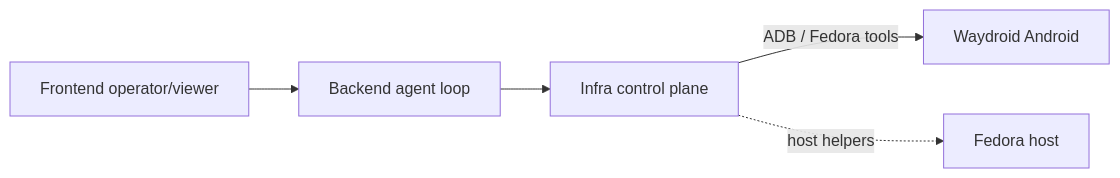
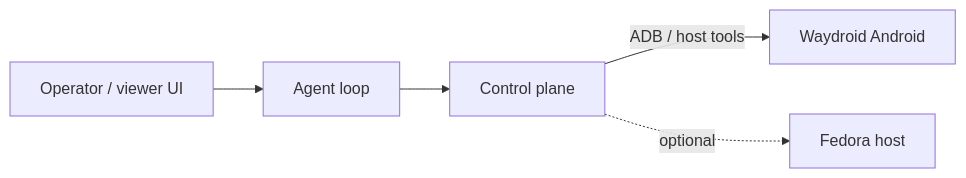
The diagram in README.md (branpurn/waydroid-computer-use), drawn with Mermaid before and after one commit. The commit also changed other lines of this file, not shown here.

Commit message:
docs: generalize access — config-driven, Waydroid-on-Fedora only

````diff
--- a/README.md
+++ b/README.md
@@ -28,7 +29,7 @@
 ```mermaid
 flowchart LR
-  UI[Frontend operator/viewer] --> Loop[Backend agent loop]
-  Loop --> Ctrl[Infra control plane]
-  Ctrl -->|ADB / Fedora tools| WD[Waydroid Android]
-  Ctrl -.->|host helpers| Fed[Fedora host]
+  UI[Operator / viewer UI] --> Loop[Agent loop]
+  Loop --> Ctrl[Control plane]
+  Ctrl -->|ADB / host tools| WD[Waydroid Android]
+  Ctrl -.->|optional| Fed[Fedora host]
 ```
````
